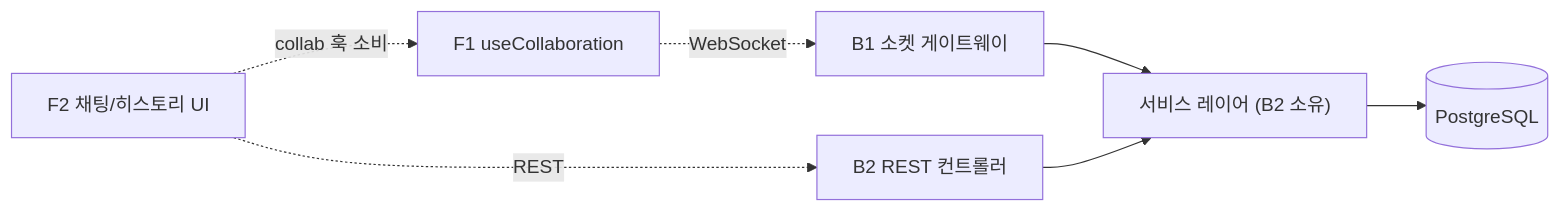
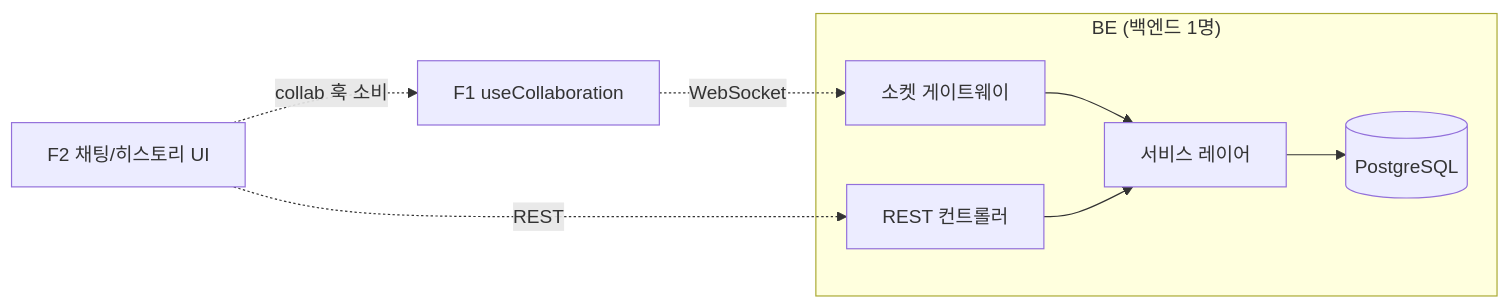
The diagram in Docs/10-Team-Roles.md (Kosta-Ieum/MarkFlow), drawn with Mermaid before and after one commit. The commit also changed other lines of this file and 24 other files, not shown here.

````diff
--- a/Docs/10-Team-Roles.md
+++ b/Docs/10-Team-Roles.md
@@ -66,9 +65,11 @@
 ```mermaid
 flowchart LR
-  B1["B1 소켓 게이트웨이"] --> SVC["서비스 레이어 (B2 소유)"]
-  B2["B2 REST 컨트롤러"] --> SVC
-  SVC --> DB[("PostgreSQL")]
-  F1["F1 useCollaboration"] -. WebSocket .-> B1
+  subgraph BE_box["BE (백엔드 1명)"]
+    GW["소켓 게이트웨이"] --> SVC["서비스 레이어"]
+    REST["REST 컨트롤러"] --> SVC
+    SVC --> DB[("PostgreSQL")]
+  end
+  F1["F1 useCollaboration"] -. WebSocket .-> GW
   F2["F2 채팅/히스토리 UI"] -. "collab 훅 소비" .-> F1
-  F2 -. REST .-> B2
+  F2 -. REST .-> REST
 ```
````
